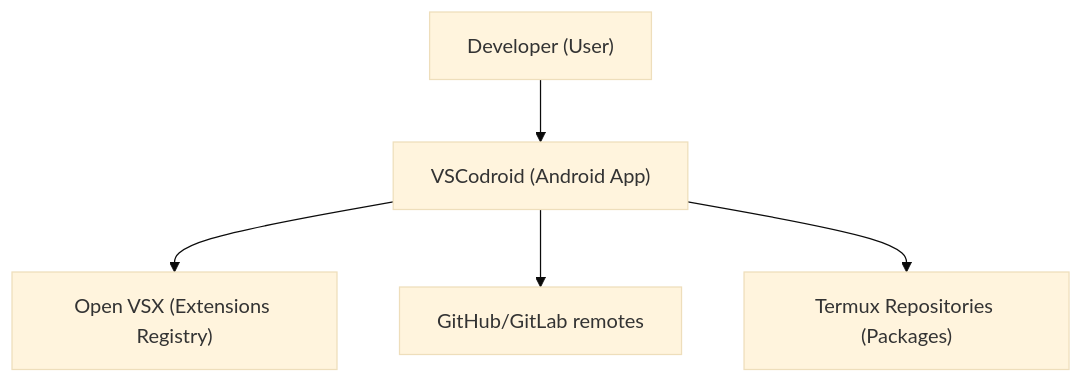
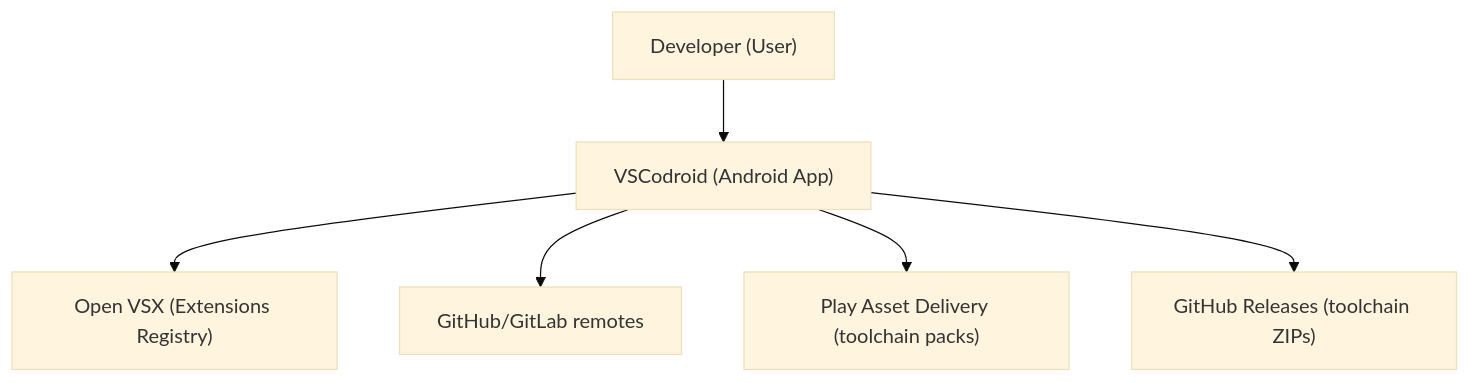
One commit to cuixinyuan666/vscodroid changed the second of 12 diagrams in docs/03-ARCHITECTURE.md. Above: the diagram before and after it, drawn with Mermaid (base theme). The commit also changed other lines of this file and 11 other files, not shown here.

````diff
--- a/docs/03-ARCHITECTURE.md
+++ b/docs/03-ARCHITECTURE.md
@@ -64,7 +64,8 @@
 ```mermaid
 flowchart TD
   USER["Developer (User)"] --> APP["VSCodroid (Android App)"]
   APP --> OVSX["Open VSX (Extensions Registry)"]
   APP --> GIT["GitHub/GitLab remotes"]
-  APP --> TERMUX["Termux Repositories (Packages)"]
+  APP --> PAD["Play Asset Delivery (toolchain packs)"]
+  APP --> REL["GitHub Releases (toolchain ZIPs)"]
 ```
````
